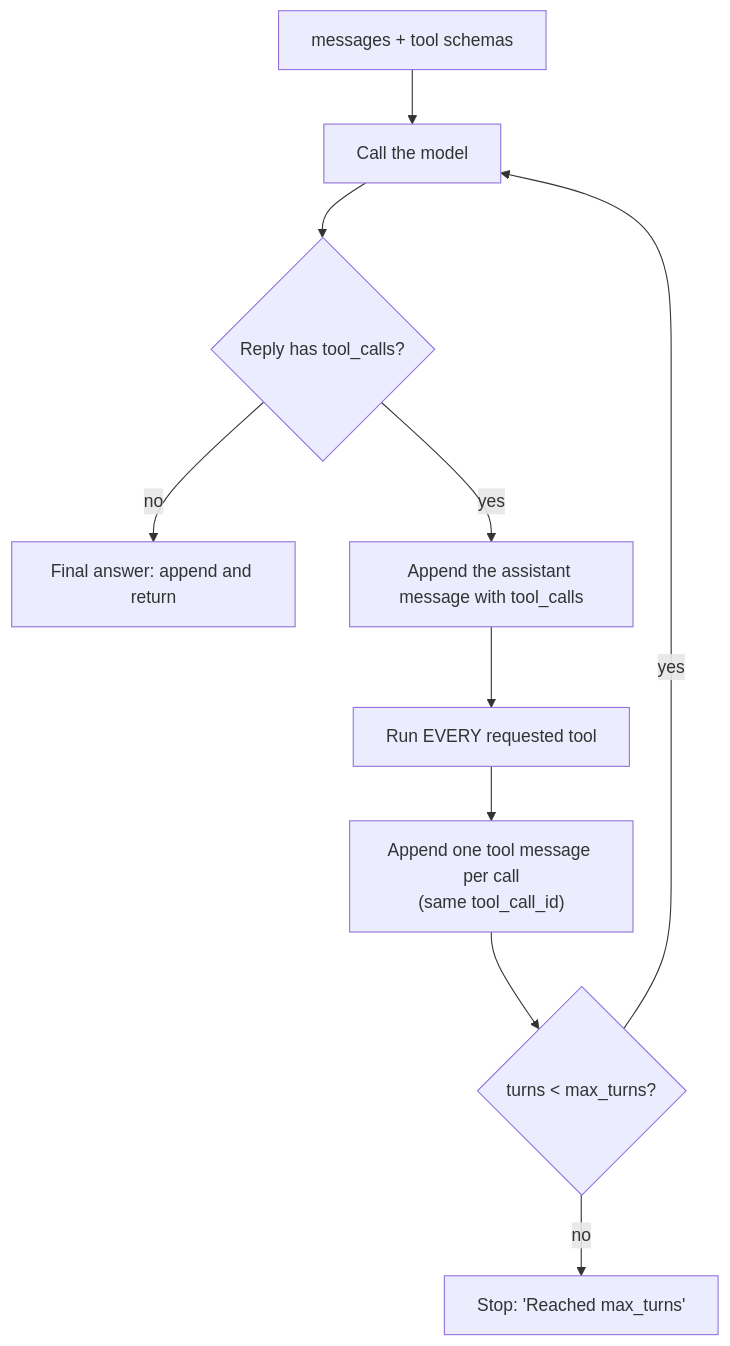
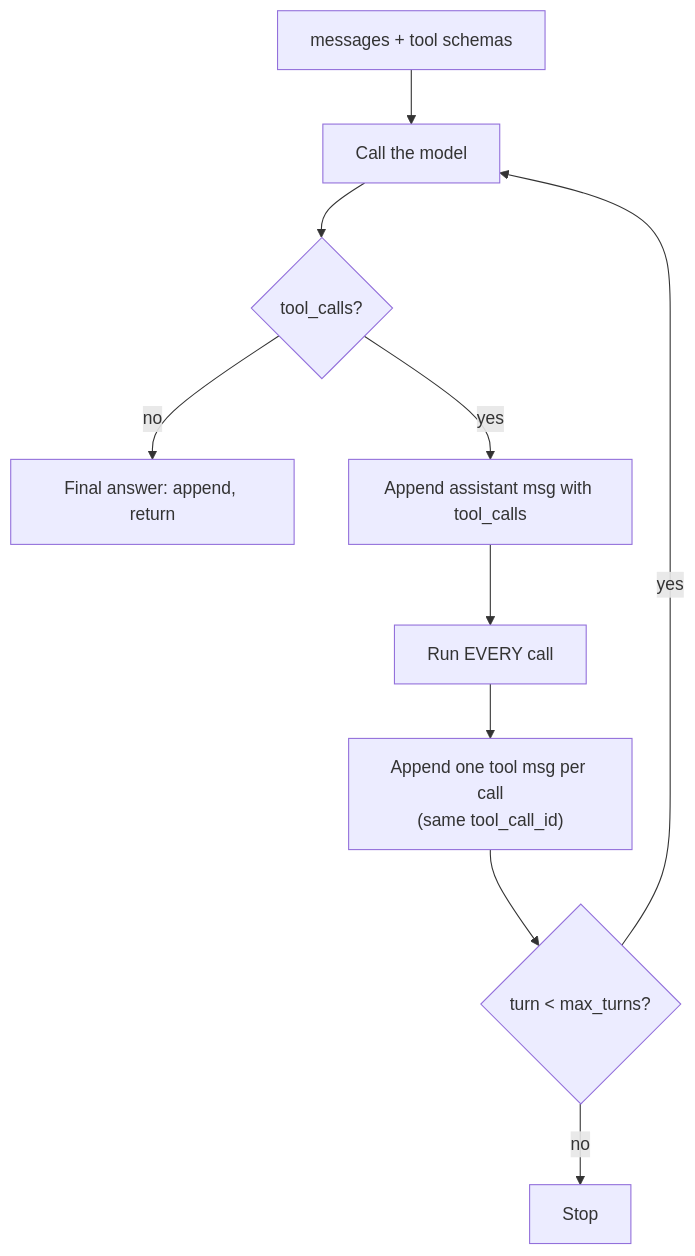
Before and after one commit to kiaanwankhede/MyNotes: the diagram in books/llm/02-the-agentic-loop-in-pure-python.md, drawn with Mermaid. The commit also changed other lines of this file and 1 other file, not shown here.

````diff
--- a/books/llm/02-the-agentic-loop-in-pure-python.md
+++ b/books/llm/02-the-agentic-loop-in-pure-python.md
@@ -160,12 +56,12 @@
 ```mermaid
 flowchart TD
     S["messages + tool schemas"] --> M["Call the model"]
-    M --> Q{"Reply has tool_calls?"}
-    Q -- "no" --> F["Final answer: append and return"]
-    Q -- "yes" --> R["Append the assistant message with tool_calls"]
-    R --> T["Run EVERY requested tool"]
-    T --> A["Append one tool message per call<br/>(same tool_call_id)"]
-    A --> C{"turns < max_turns?"}
+    M --> Q{"tool_calls?"}
+    Q -- "no" --> F["Final answer: append, return"]
+    Q -- "yes" --> R["Append assistant msg with tool_calls"]
+    R --> T["Run EVERY call"]
+    T --> A["Append one tool msg per call<br/>(same tool_call_id)"]
+    A --> C{"turn < max_turns?"}
     C -- "yes" --> M
-    C -- "no" --> X["Stop: 'Reached max_turns'"]
+    C -- "no" --> X["Stop"]
 ```
````
